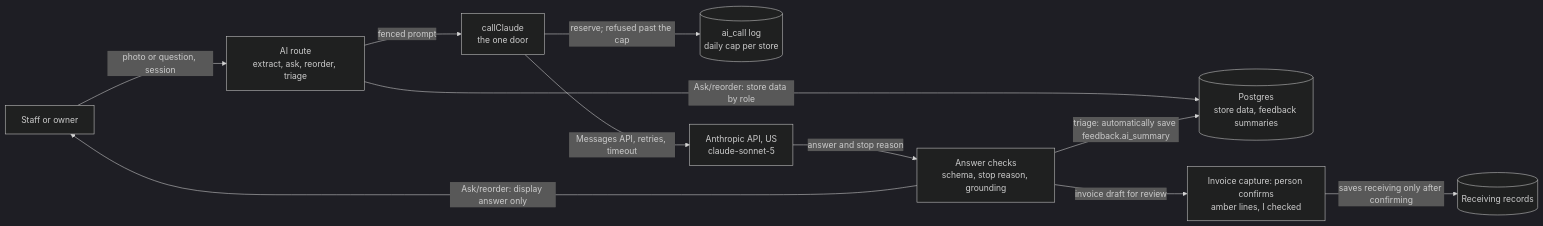
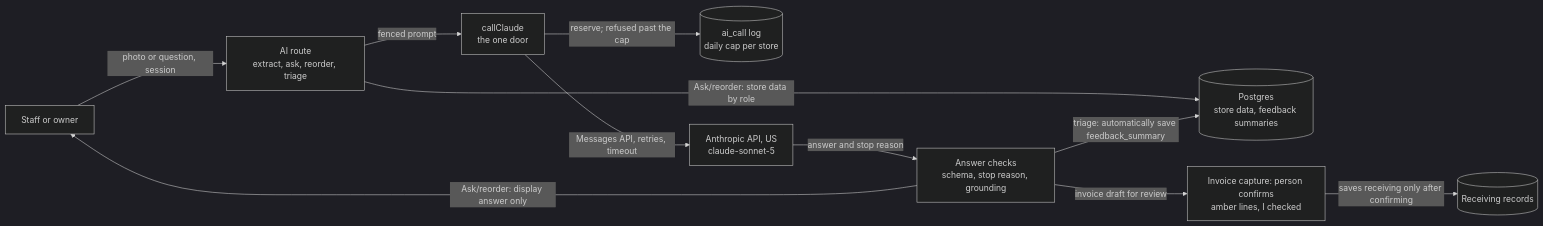
Before and after one commit to raviteja0012/robinsons-store: the eighth of 9 diagrams in docs/ARCHITECTURE.md, drawn with Mermaid (dark theme). The commit also changed other lines of this file and 10 other files, not shown here.

````diff
--- a/docs/ARCHITECTURE.md
+++ b/docs/ARCHITECTURE.md
@@ -616,22 +623,22 @@
 ```mermaid
 flowchart LR
   P["Staff or owner"]
   R["AI route<br/>extract, ask, reorder, triage"]
   DB[("Postgres<br/>store data, feedback summaries")]
   CC["callClaude<br/>the one door"]
   LOG[("ai_call log<br/>daily cap per store")]
   AN["Anthropic API, US<br/>claude-sonnet-5"]
   CHK["Answer checks<br/>schema, stop reason, grounding"]
   H["Invoice capture: person confirms<br/>amber lines, I checked"]
   REC[("Receiving records")]
   P -- "photo or question, session" --> R
   R -- "Ask/reorder: store data by role" --> DB
   R -- "fenced prompt" --> CC
   CC -- "reserve; refused past the cap" --> LOG
   CC -- "Messages API, retries, timeout" --> AN
   AN -- "answer and stop reason" --> CHK
   CHK -- "invoice draft for review" --> H
   H -- "saves receiving only after confirming" --> REC
   CHK -- "Ask/reorder: display answer only" --> P
-  CHK -- "triage: automatically save feedback.ai_summary" --> DB
+  CHK -- "triage: automatically save feedback_summary" --> DB
 ```
````
